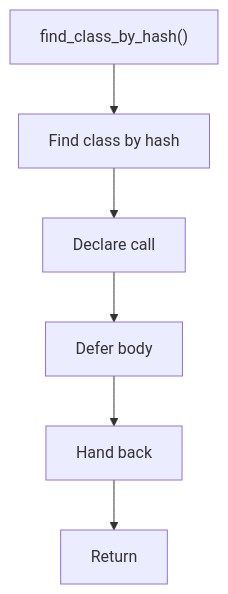
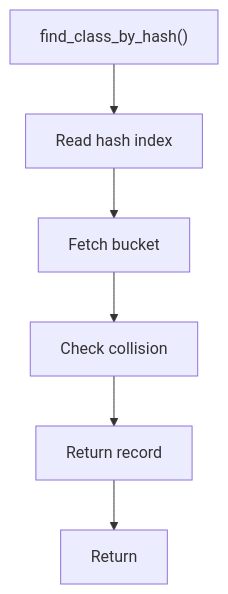
The diagram in docs/Codebase/Microservice/Modules/Header/Analysis/ImplementationUse/Binding/Symbols/Flow/functions/find_class_by_hash.hpp.md (JohnAndrewBalbarosa/NeoTerritory), drawn with Mermaid before and after one commit. The commit also changed other lines of this file and 147 other files, not shown here.

````diff
--- a/docs/Codebase/Microservice/Modules/Header/Analysis/ImplementationUse/Binding/Symbols/Flow/functions/find_class_by_hash.hpp.md
+++ b/docs/Codebase/Microservice/Modules/Header/Analysis/ImplementationUse/Binding/Symbols/Flow/functions/find_class_by_hash.hpp.md
@@ -16,14 +21,14 @@
 ```mermaid
 flowchart TD
     Start["find_class_by_hash()"]
-    N0["Find class by hash"]
-    N1["Declare call"]
-    N2["Defer body"]
-    N3["Hand back"]
+    N0["Read hash index"]
+    N1["Fetch bucket"]
+    N2["Check collision"]
+    N3["Return record"]
     End["Return"]
     Start --> N0
     N0 --> N1
     N1 --> N2
     N2 --> N3
     N3 --> End
 ```
````
